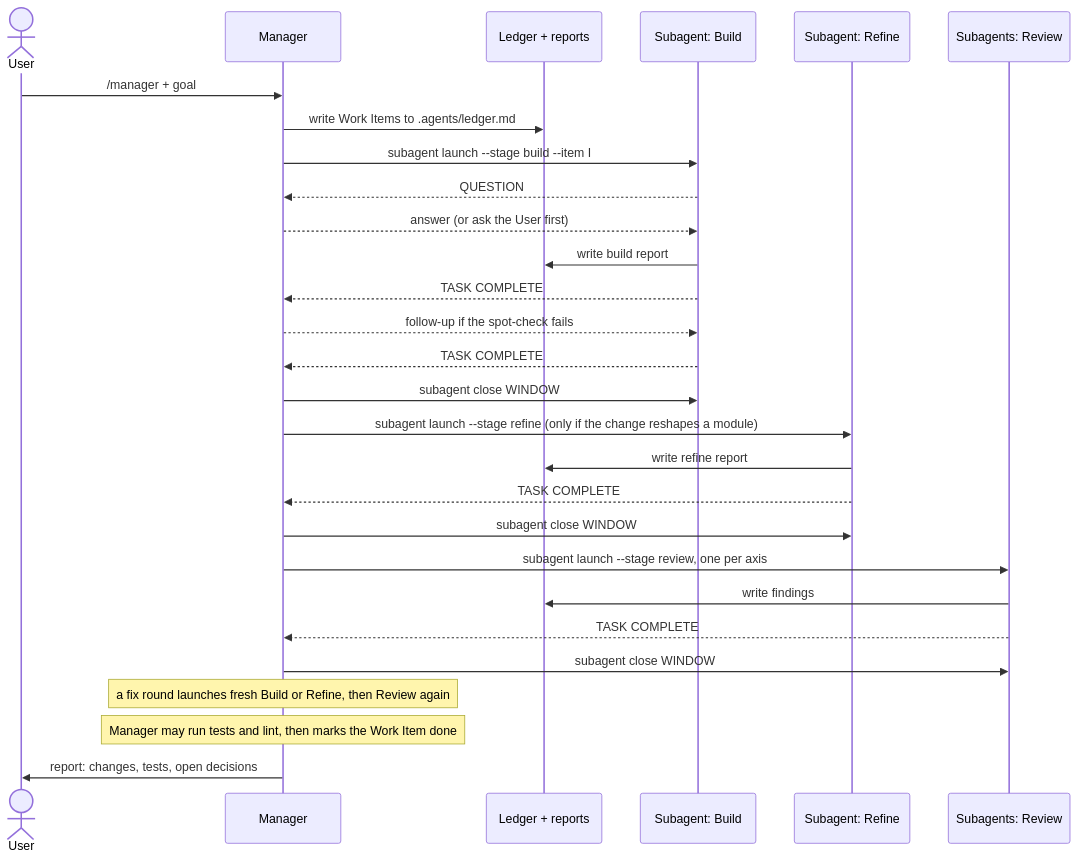
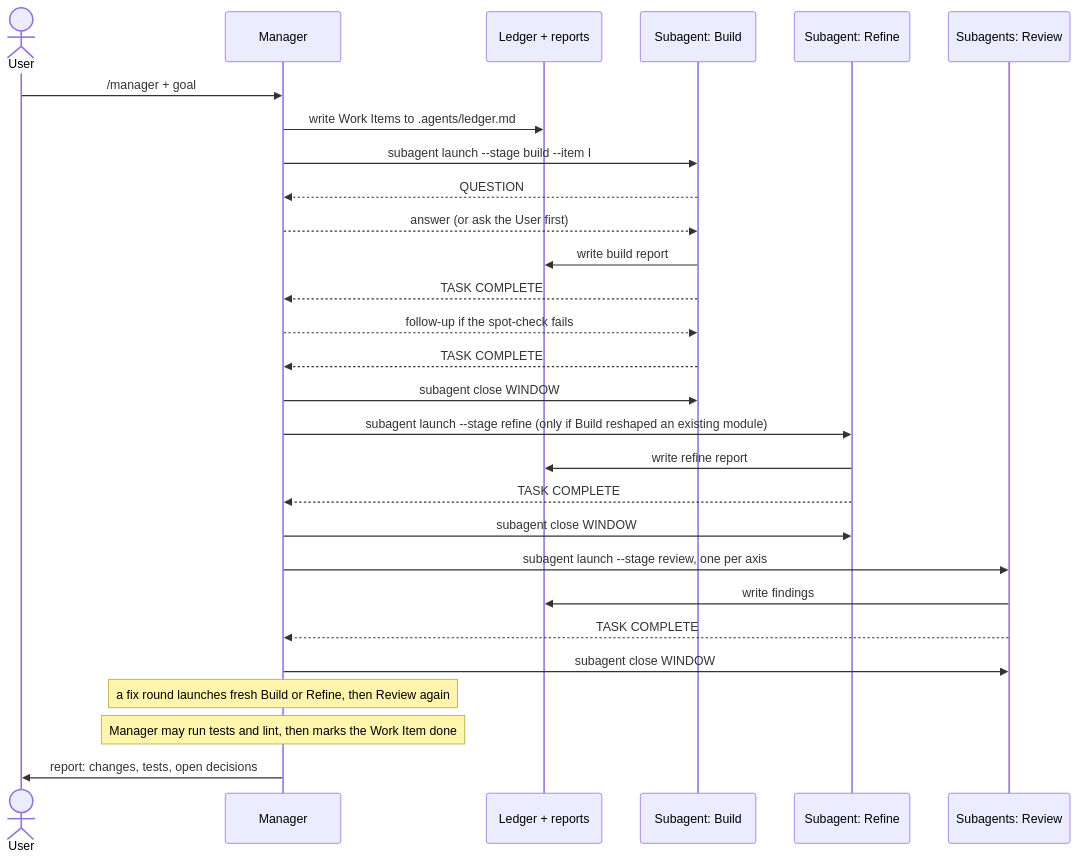
One commit to vieitesss/dotfiles changed the second of 2 diagrams in docs/workflow.md. Above: the diagram before and after it, drawn with Mermaid. The commit also changed other lines of this file, not shown here.

Commit message:
docs(workflow): Refine triggers on Build reshaping an existing module

````diff
--- a/docs/workflow.md
+++ b/docs/workflow.md
@@ -88,31 +88,31 @@
 ```mermaid
 sequenceDiagram
     actor U as User
     participant M as Manager
     participant L as Ledger + reports
     participant B as Subagent: Build
     participant R as Subagent: Refine
     participant V as Subagents: Review
 
     U->>M: /manager + goal
     M->>L: write Work Items to .agents/ledger.md
     M->>B: subagent launch --stage build --item I
     B-->>M: QUESTION
     M-->>B: answer (or ask the User first)
     B->>L: write build report
     B-->>M: TASK COMPLETE
     M-->>B: follow-up if the spot-check fails
     B-->>M: TASK COMPLETE
     M->>B: subagent close WINDOW
-    M->>R: subagent launch --stage refine (only if the change reshapes a module)
+    M->>R: subagent launch --stage refine (only if Build reshaped an existing module)
     R->>L: write refine report
     R-->>M: TASK COMPLETE
     M->>R: subagent close WINDOW
     M->>V: subagent launch --stage review, one per axis
     V->>L: write findings
     V-->>M: TASK COMPLETE
     M->>V: subagent close WINDOW
     Note over M: a fix round launches fresh Build or Refine, then Review again
     Note over M: Manager may run tests and lint, then marks the Work Item done
     M->>U: report: changes, tests, open decisions
 ```
````
